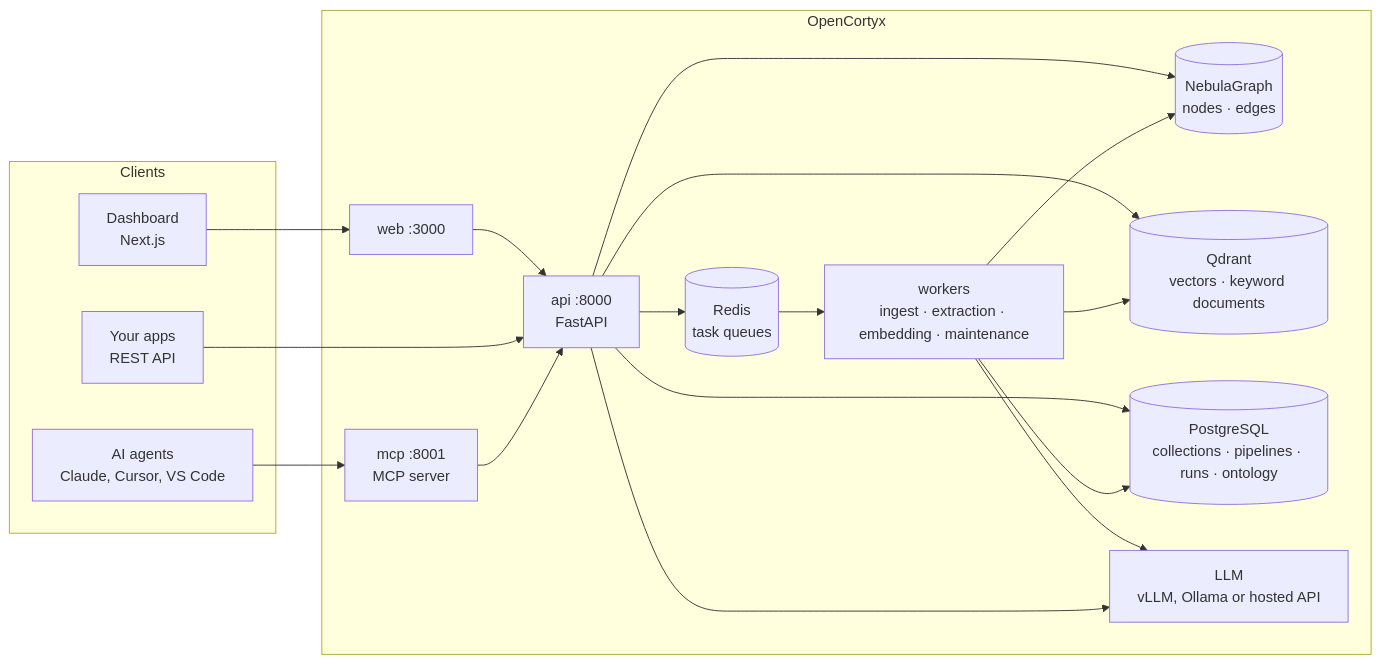
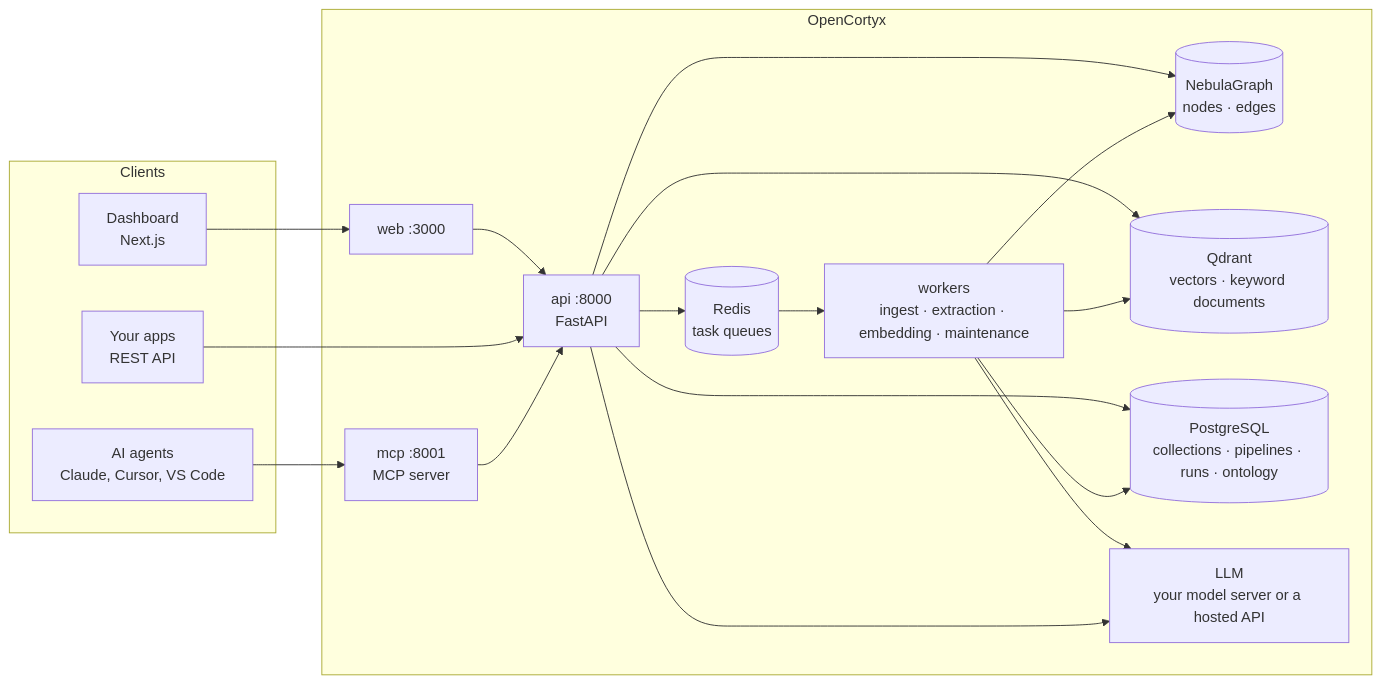
Before and after one commit to opencortyx/OpenCortyx: the first of 5 diagrams in docs/how-it-works.md, drawn with Mermaid. The commit also changed other lines of this file and 98 other files, not shown here.

````diff
--- a/docs/how-it-works.md
+++ b/docs/how-it-works.md
@@ -8,31 +8,31 @@
 ```mermaid
 flowchart LR
     subgraph Clients
         U[Dashboard<br/>Next.js]
         A[Your apps<br/>REST API]
         M[AI agents<br/>Claude, Cursor, VS Code]
     end
     subgraph OpenCortyx
         W[web :3000]
         API[api :8000<br/>FastAPI]
         MCP[mcp :8001<br/>MCP server]
         Q[(Redis<br/>task queues)]
         WK[workers<br/>ingest · extraction · embedding · maintenance]
         G[(NebulaGraph<br/>nodes · edges)]
         V[(Qdrant<br/>vectors · keyword documents)]
         DB[(PostgreSQL<br/>collections · pipelines · runs · ontology)]
-        LLM[LLM<br/>vLLM, Ollama or hosted API]
+        LLM[LLM<br/>your model server or a hosted API]
     end
     U --> W --> API
     A --> API
     M --> MCP --> API
     API --> G
     API --> V
     API --> DB
     API --> Q --> WK
     WK --> G
     WK --> V
     WK --> DB
     WK --> LLM
     API --> LLM
 ```
````
